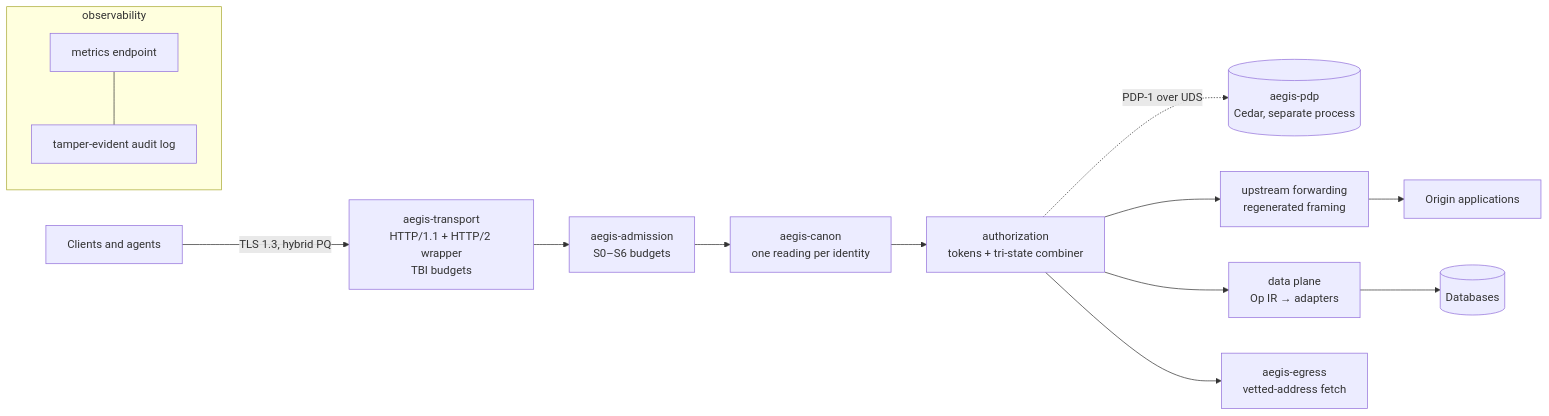
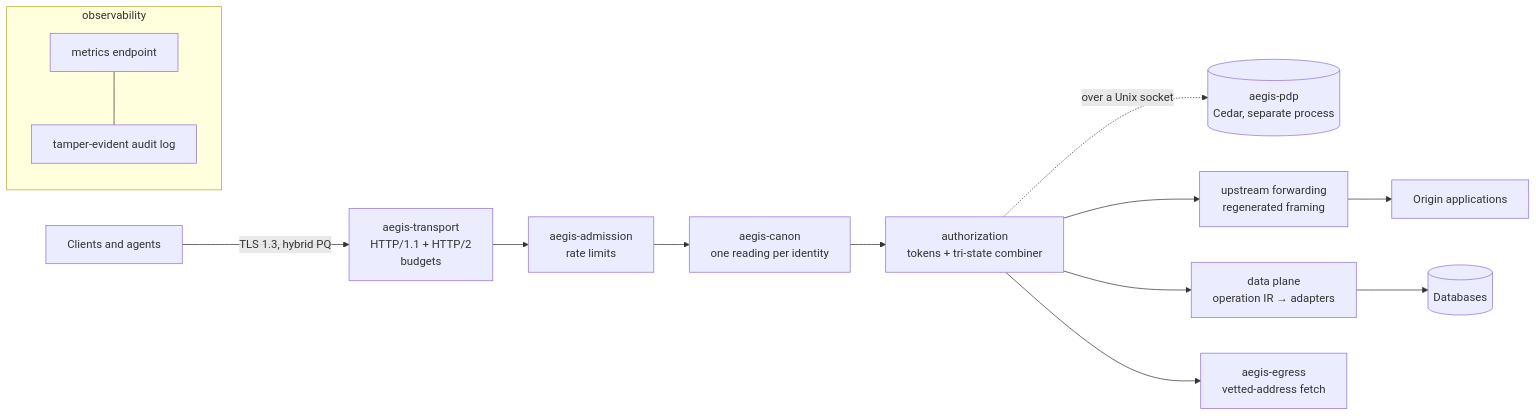
One commit to patrickbdevaney/monban changed the diagram in README.md. Above: the diagram before and after it, drawn with Mermaid. The commit also changed other lines of this file and 11 other files, not shown here.

````diff
--- a/README.md
+++ b/README.md
@@ -43,16 +93,16 @@
 ```mermaid
 flowchart LR
-  C[Clients and agents] -->|TLS 1.3, hybrid PQ| T[aegis-transport<br/>HTTP/1.1 + HTTP/2 wrapper<br/>TBI budgets]
-  T --> A[aegis-admission<br/>S0–S6 budgets]
+  C[Clients and agents] -->|TLS 1.3, hybrid PQ| T[aegis-transport<br/>HTTP/1.1 + HTTP/2<br/>budgets]
+  T --> A[aegis-admission<br/>rate limits]
   A --> N[aegis-canon<br/>one reading per identity]
   N --> Z[authorization<br/>tokens + tri-state combiner]
-  Z -.->|PDP-1 over UDS| P[(aegis-pdp<br/>Cedar, separate process)]
+  Z -.->|over a Unix socket| P[(aegis-pdp<br/>Cedar, separate process)]
   Z --> U[upstream forwarding<br/>regenerated framing]
-  Z --> D[data plane<br/>Op IR → adapters]
+  Z --> D[data plane<br/>operation IR → adapters]
   Z --> E[aegis-egress<br/>vetted-address fetch]
   U --> O[Origin applications]
   D --> DB[(Databases)]
   subgraph observability
     M[metrics endpoint] --- L[tamper-evident audit log]
   end
 ```
````
